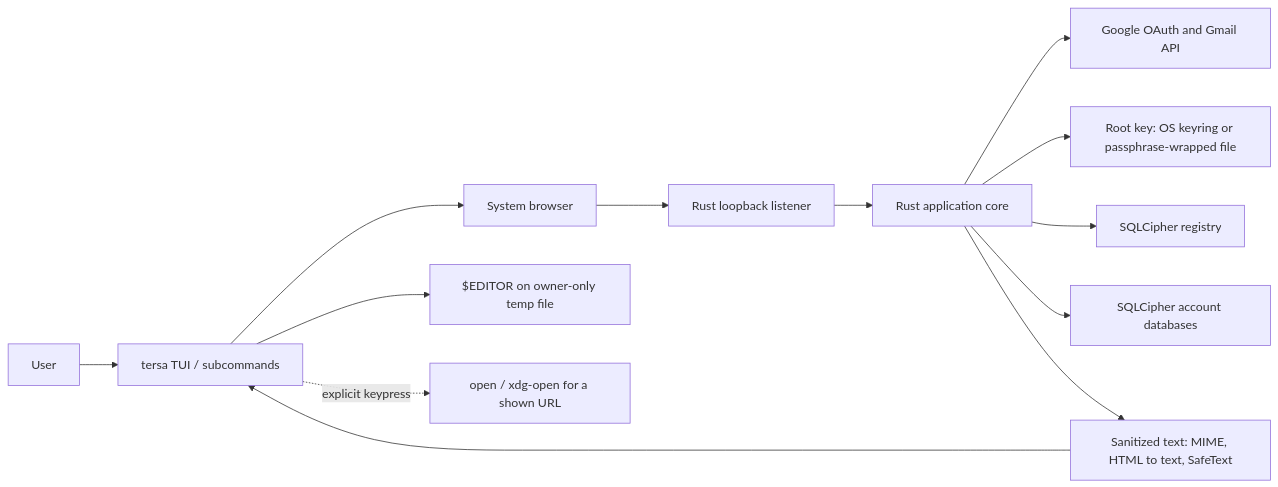
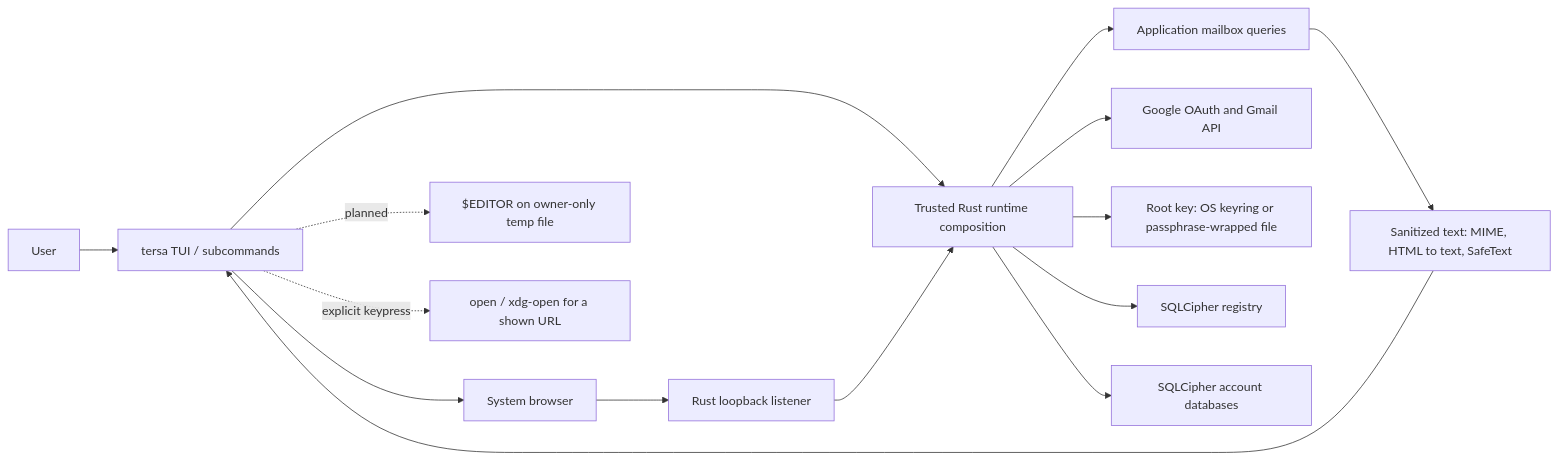
The diagram in docs/security/data-flow.md (reasance/tersa.app), drawn with Mermaid before and after one commit. The commit also changed other lines of this file and 4 other files, not shown here.

````diff
--- a/docs/security/data-flow.md
+++ b/docs/security/data-flow.md
@@ -9,15 +11,17 @@
 ```mermaid
 flowchart LR
     USER[User] --> TUI[tersa TUI / subcommands]
     TUI --> BROWSER[System browser]
     BROWSER --> LOOPBACK[Rust loopback listener]
-    LOOPBACK --> CORE[Rust application core]
-    CORE --> GOOGLE[Google OAuth and Gmail API]
-    CORE --> KEYS[Root key: OS keyring or passphrase-wrapped file]
-    CORE --> REG[SQLCipher registry]
-    CORE --> DB[SQLCipher account databases]
-    CORE --> SAFE[Sanitized text: MIME, HTML to text, SafeText]
+    TUI --> RUNTIME[Trusted Rust runtime composition]
+    LOOPBACK --> RUNTIME
+    RUNTIME --> QUERY[Application mailbox queries]
+    RUNTIME --> GOOGLE[Google OAuth and Gmail API]
+    RUNTIME --> KEYS[Root key: OS keyring or passphrase-wrapped file]
+    RUNTIME --> REG[SQLCipher registry]
+    RUNTIME --> DB[SQLCipher account databases]
+    QUERY --> SAFE[Sanitized text: MIME, HTML to text, SafeText]
     SAFE --> TUI
-    TUI --> EDITOR[$EDITOR on owner-only temp file]
+    TUI -. planned .-> EDITOR[$EDITOR on owner-only temp file]
     TUI -. explicit keypress .-> OPENER[open / xdg-open for a shown URL]
 ```
````
